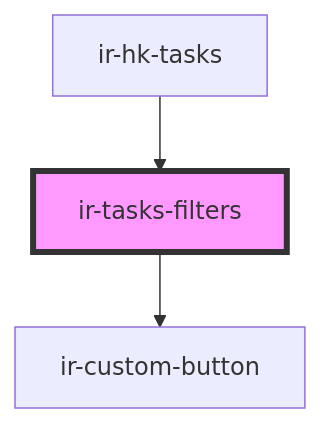
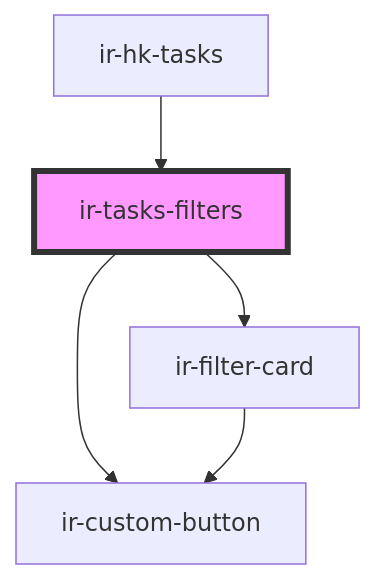
The diagram in src/components/ir-housekeeping/ir-hk-tasks/ir-tasks-filters/readme.md (RonyRizk/ir-webcmp), drawn with Mermaid before and after one commit. The commit also changed other lines of this file and 508 other files, not shown here.

````diff
--- a/src/components/ir-housekeeping/ir-hk-tasks/ir-tasks-filters/readme.md
+++ b/src/components/ir-housekeeping/ir-hk-tasks/ir-tasks-filters/readme.md
@@ -33,6 +34,8 @@
 ```mermaid
 graph TD;
+  ir-tasks-filters --> ir-filter-card
   ir-tasks-filters --> ir-custom-button
+  ir-filter-card --> ir-custom-button
   ir-hk-tasks --> ir-tasks-filters
   style ir-tasks-filters fill:#f9f,stroke:#333,stroke-width:4px
 ```
````
